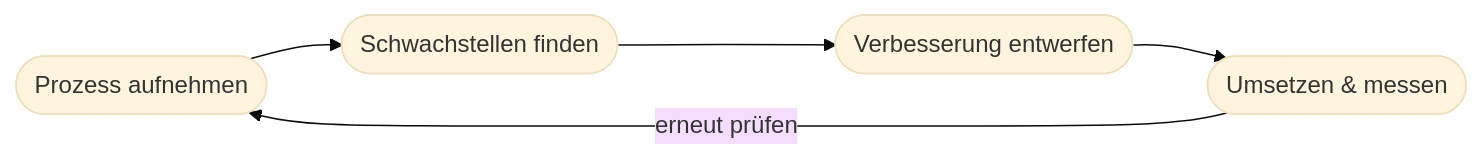
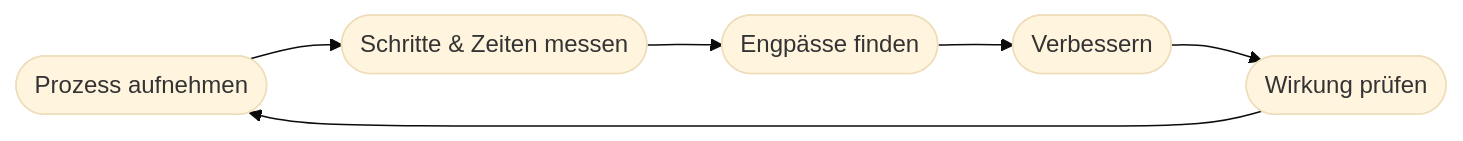
Before and after one commit to Qualidy/Prompt-Engineering-KI-in-der-Arbeitswelt: the diagram in docs/content/kapitel21.md, drawn with Mermaid (base theme). The commit also changed other lines of this file and 80 other files, not shown here.

````diff
--- a/docs/content/kapitel21.md
+++ b/docs/content/kapitel21.md
@@ -24,7 +30,5 @@
 ```mermaid
 flowchart LR
-    A([Prozess aufnehmen]) --> B([Schwachstellen finden])
-    B --> C([Verbesserung entwerfen])
-    C --> D([Umsetzen & messen])
-    D -->|erneut prüfen| A
+    A([Prozess aufnehmen]) --> B([Schritte & Zeiten messen]) --> C([Engpässe finden]) --> D([Verbessern]) --> E([Wirkung prüfen])
+    E --> A
 ```
````
